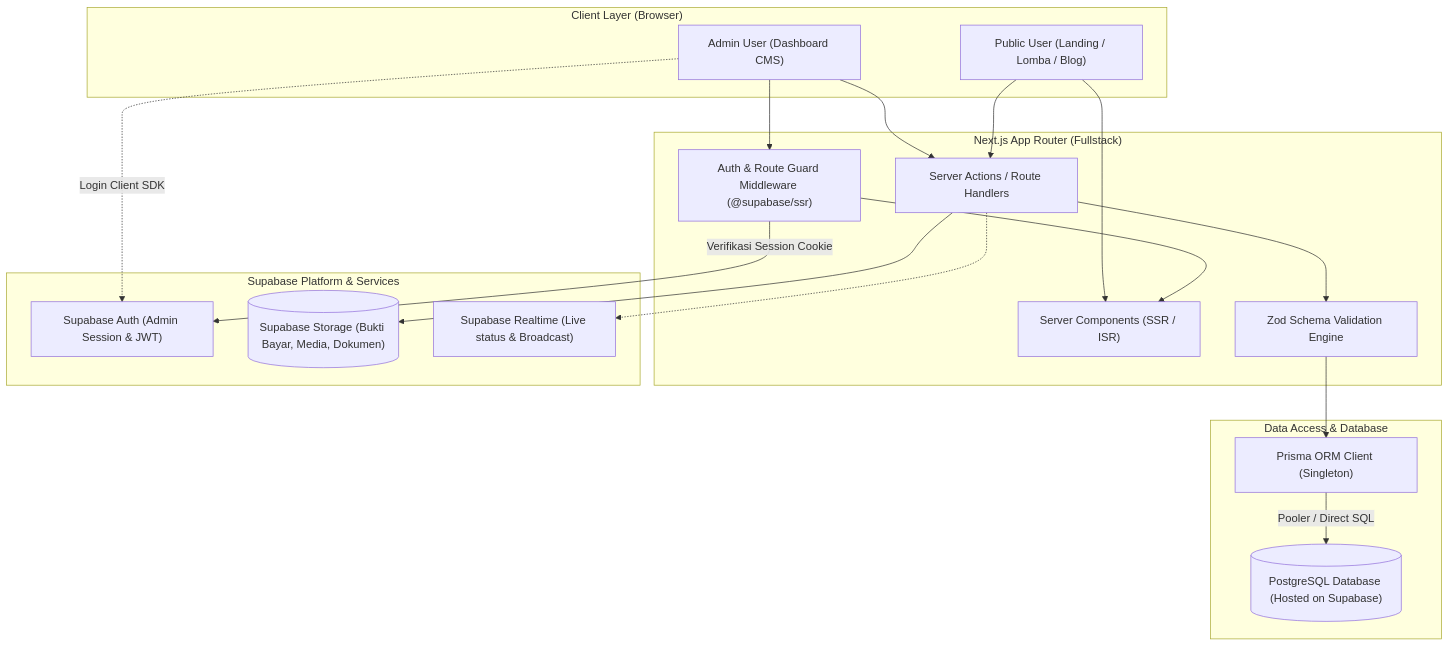
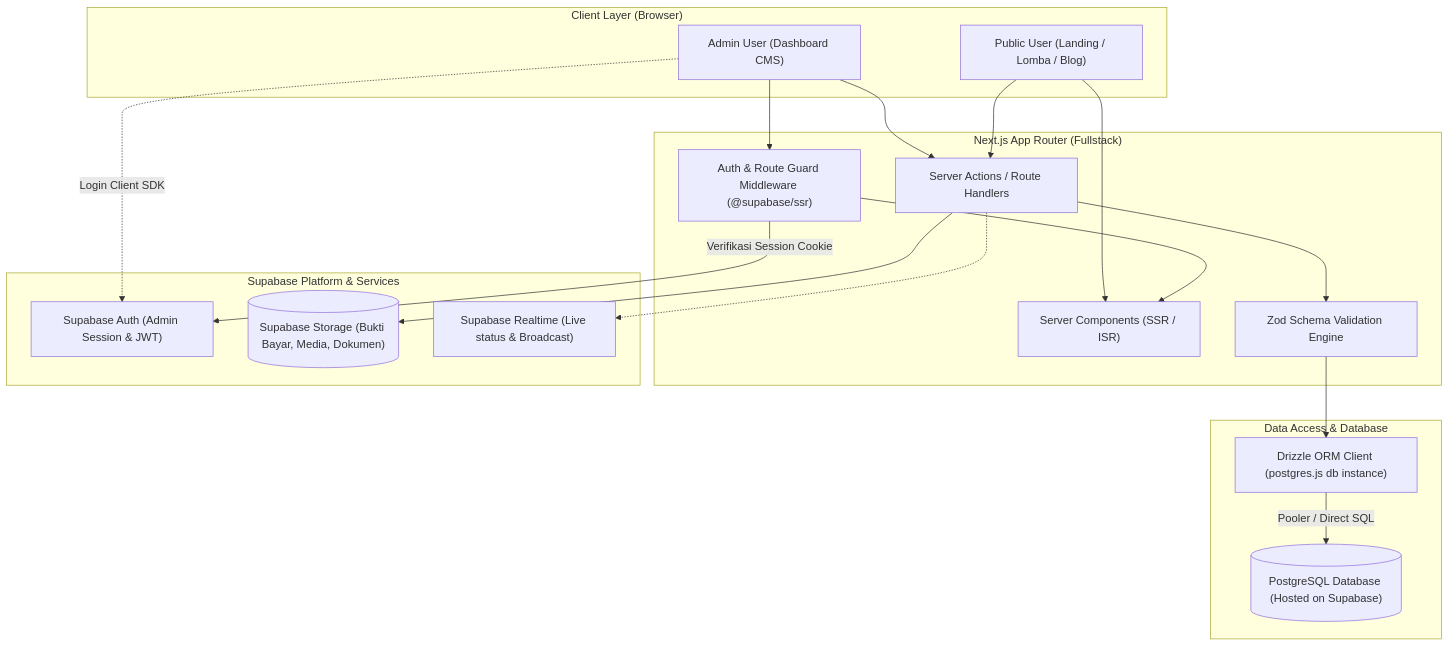
The diagram in docs/architechture/system-overview.md (RizqiAndri07/kemas-2025), drawn with Mermaid before and after one commit. The commit also changed other lines of this file and 192 other files, not shown here.

````diff
--- a/docs/architechture/system-overview.md
+++ b/docs/architechture/system-overview.md
@@ -9,40 +12,40 @@
 ```mermaid
 flowchart TD
     subgraph ClientLayer ["Client Layer (Browser)"]
         BrowserPublic["Public User (Landing / Lomba / Blog)"]
         BrowserAdmin["Admin User (Dashboard CMS)"]
     end
 
     subgraph NextJSLayer ["Next.js App Router (Fullstack)"]
         SSR["Server Components (SSR / ISR)"]
         Actions["Server Actions / Route Handlers"]
         Middleware["Auth & Route Guard Middleware (@supabase/ssr)"]
         ZodValidation["Zod Schema Validation Engine"]
     end
 
     subgraph SupabasePlatform ["Supabase Platform & Services"]
         SupabaseAuth["Supabase Auth (Admin Session & JWT)"]
         SupabaseStorage[("Supabase Storage (Bukti Bayar, Media, Dokumen)")]
         SupabaseRealtime["Supabase Realtime (Live status & Broadcast)"]
     end
 
     subgraph DataLayer ["Data Access & Database"]
-        PrismaClient["Prisma ORM Client (Singleton)"]
+        DrizzleClient["Drizzle ORM Client (postgres.js db instance)"]
         PostgresDB[("PostgreSQL Database (Hosted on Supabase)")]
     end
 
     BrowserPublic --> SSR
     BrowserAdmin --> Middleware
     Middleware -->|Verifikasi Session Cookie| SupabaseAuth
     Middleware --> SSR
     BrowserAdmin --> Actions
     BrowserPublic --> Actions
 
     Actions --> ZodValidation
-    ZodValidation --> PrismaClient
-    PrismaClient -->|Pooler / Direct SQL| PostgresDB
+    ZodValidation --> DrizzleClient
+    DrizzleClient -->|Pooler / Direct SQL| PostgresDB
 
     BrowserAdmin -.->|Login Client SDK| SupabaseAuth
     Actions --> SupabaseStorage
     Actions -.-> SupabaseRealtime
 ```
````
